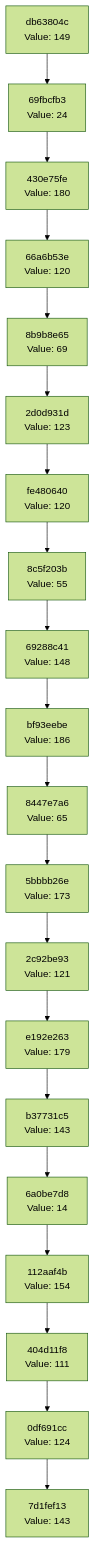
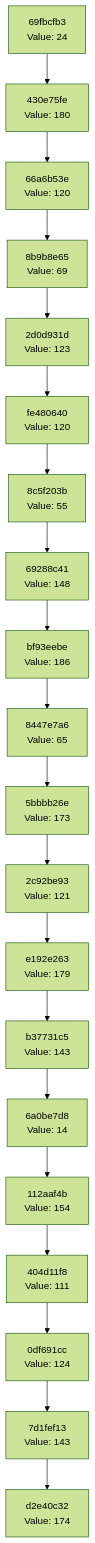
Before and after one commit to Abhisheksinha1506/hash-chain-evolver: the diagram in docs/CHAIN_VISUALIZATION.md, drawn with Mermaid (forest theme). The commit also changed 3 other files, not shown here.

````diff
--- a/docs/CHAIN_VISUALIZATION.md
+++ b/docs/CHAIN_VISUALIZATION.md
@@ -3,42 +3,42 @@
 ```mermaid
 graph TD
-    C0["7d1fef13<br/>Value: 143"]
-    C1["0df691cc<br/>Value: 124"]
+    C0["d2e40c32<br/>Value: 174"]
+    C1["7d1fef13<br/>Value: 143"]
     C1 --> C0
-    C2["404d11f8<br/>Value: 111"]
+    C2["0df691cc<br/>Value: 124"]
     C2 --> C1
-    C3["112aaf4b<br/>Value: 154"]
+    C3["404d11f8<br/>Value: 111"]
     C3 --> C2
-    C4["6a0be7d8<br/>Value: 14"]
+    C4["112aaf4b<br/>Value: 154"]
     C4 --> C3
-    C5["b37731c5<br/>Value: 143"]
+    C5["6a0be7d8<br/>Value: 14"]
     C5 --> C4
-    C6["e192e263<br/>Value: 179"]
+    C6["b37731c5<br/>Value: 143"]
     C6 --> C5
-    C7["2c92be93<br/>Value: 121"]
+    C7["e192e263<br/>Value: 179"]
     C7 --> C6
-    C8["5bbbb26e<br/>Value: 173"]
+    C8["2c92be93<br/>Value: 121"]
     C8 --> C7
-    C9["8447e7a6<br/>Value: 65"]
+    C9["5bbbb26e<br/>Value: 173"]
     C9 --> C8
-    C10["bf93eebe<br/>Value: 186"]
+    C10["8447e7a6<br/>Value: 65"]
     C10 --> C9
-    C11["69288c41<br/>Value: 148"]
+    C11["bf93eebe<br/>Value: 186"]
     C11 --> C10
-    C12["8c5f203b<br/>Value: 55"]
+    C12["69288c41<br/>Value: 148"]
     C12 --> C11
-    C13["fe480640<br/>Value: 120"]
+    C13["8c5f203b<br/>Value: 55"]
     C13 --> C12
-    C14["2d0d931d<br/>Value: 123"]
+    C14["fe480640<br/>Value: 120"]
     C14 --> C13
-    C15["8b9b8e65<br/>Value: 69"]
+    C15["2d0d931d<br/>Value: 123"]
     C15 --> C14
-    C16["66a6b53e<br/>Value: 120"]
+    C16["8b9b8e65<br/>Value: 69"]
     C16 --> C15
-    C17["430e75fe<br/>Value: 180"]
+    C17["66a6b53e<br/>Value: 120"]
     C17 --> C16
-    C18["69fbcfb3<br/>Value: 24"]
+    C18["430e75fe<br/>Value: 180"]
     C18 --> C17
-    C19["db63804c<br/>Value: 149"]
+    C19["69fbcfb3<br/>Value: 24"]
     C19 --> C18
 ```
````
